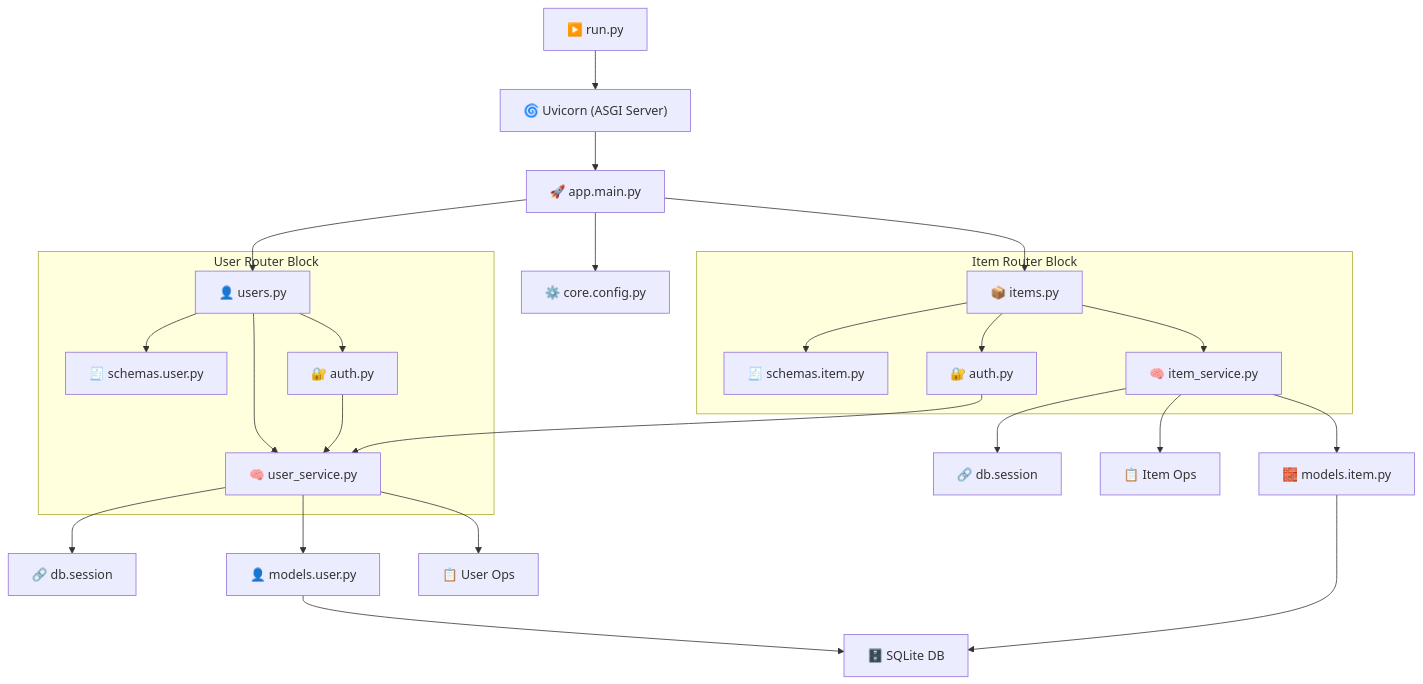
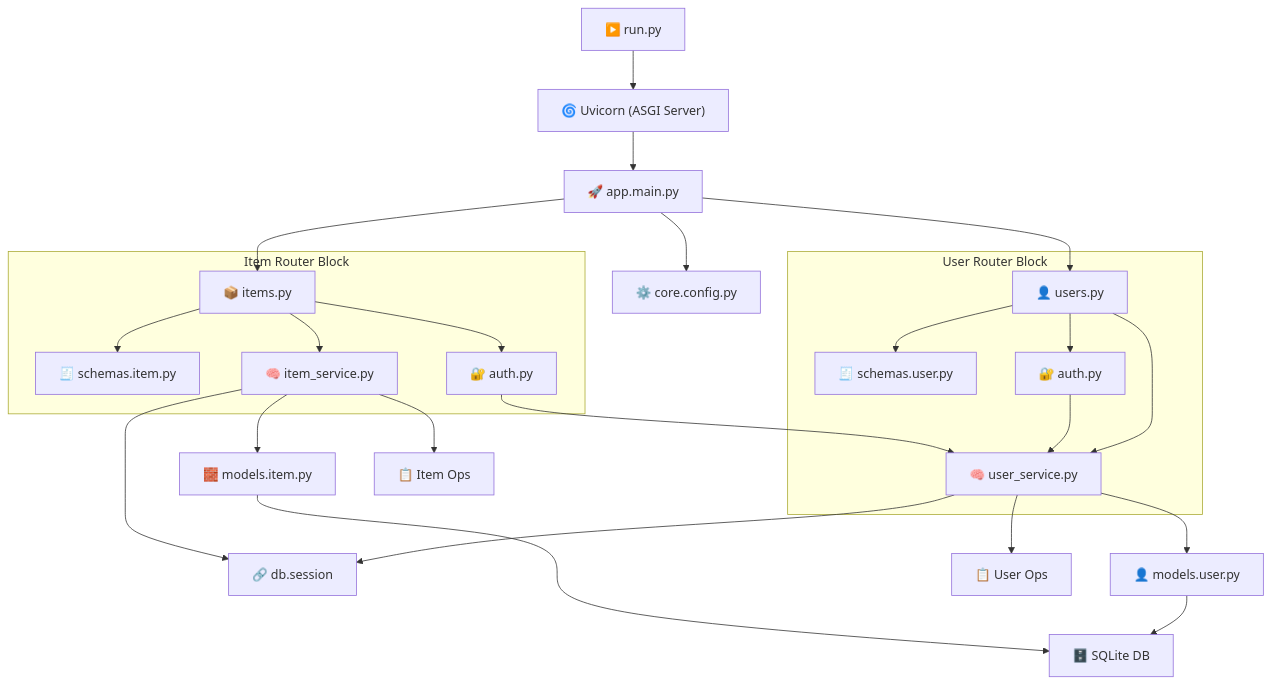
The first of 2 diagrams in README.md (berserkhmdvhb/fastapi-template-dev), drawn with Mermaid before and after one commit.

````diff
--- a/README.md
+++ b/README.md
@@ -52,42 +52,43 @@
 ```mermaid
 graph TD
     %% Entry
     Run["▶️ run.py"] --> Uvicorn["🌀 Uvicorn (ASGI Server)"]
     Uvicorn --> App["🚀 app.main.py"]
 
     %% App Layer
     App --> Config["⚙️ core.config.py"]
     App --> UsersRouter["👤 users.py"]
     App --> ItemsRouter["📦 items.py"]
 
     %% Routers
     subgraph UsersRouterBlock["User Router Block"]
         UsersRouter --> UserSchemas["🧾 schemas.user.py"]
         UsersRouter --> UserService["🧠 user_service.py"]
         UsersRouter --> Auth1["🔐 auth.py"]
     end
 
     subgraph ItemsRouterBlock["Item Router Block"]
         ItemsRouter --> ItemSchemas["🧾 schemas.item.py"]
         ItemsRouter --> ItemService["🧠 item_service.py"]
         ItemsRouter --> Auth2["🔐 auth.py"]
     end
 
     %% Auth
     Auth1 --> UserService
     Auth2 --> UserService
 
-    %% Services & DB
-    UserService --> DBSession1["🔗 db.session"]
-    ItemService --> DBSession2["🔗 db.session"]
+    %% Shared DB Session
+    UserService --> DBSession["🔗 db.session"]
+    ItemService --> DBSession
 
+    %% Models & DB
     UserService --> UserModel["👤 models.user.py"]
     ItemService --> ItemModel["🧱 models.item.py"]
 
     UserModel --> SQLite["🗄️ SQLite DB"]
     ItemModel --> SQLite
 
     %% Abstract Logic
     UserService --> UserLogic["📋 User Ops"]
     ItemService --> ItemLogic["📋 Item Ops"]
 ```
````
